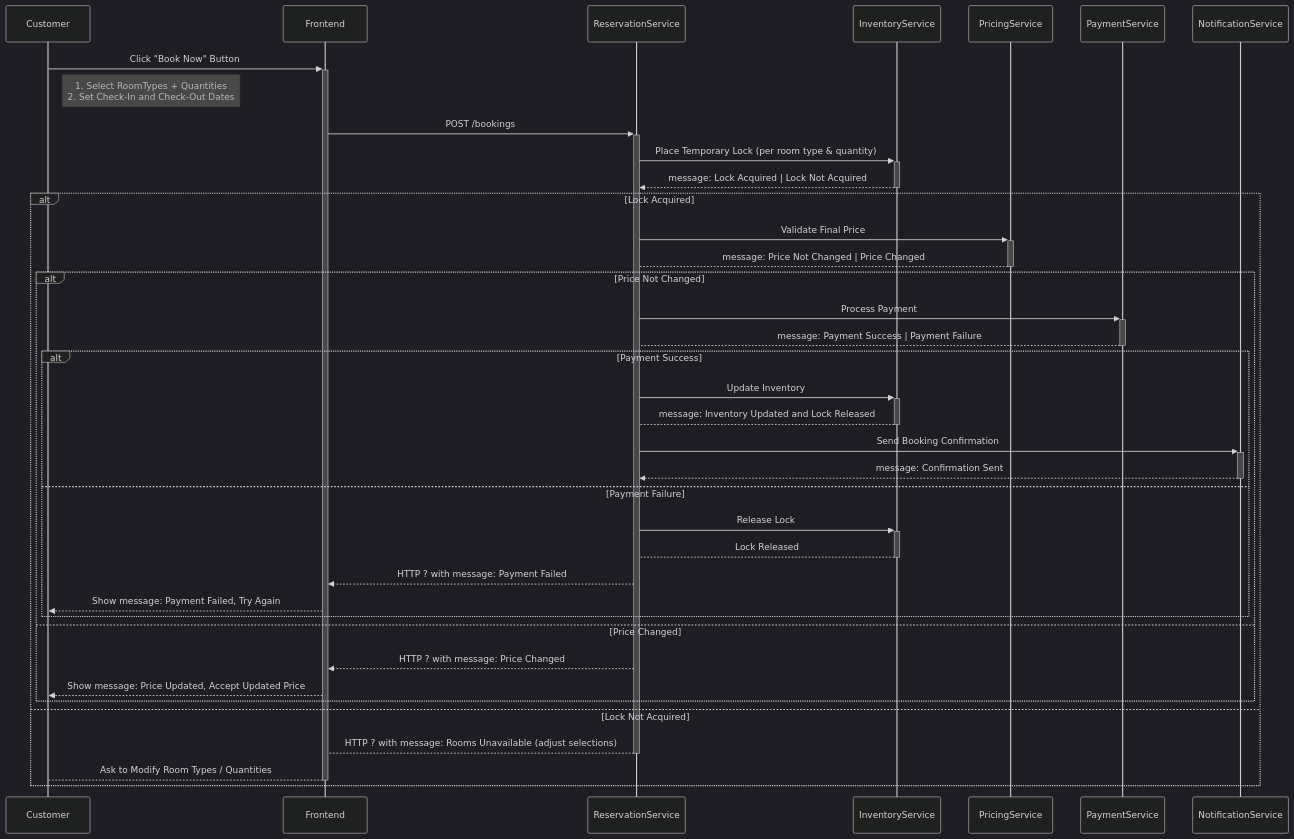
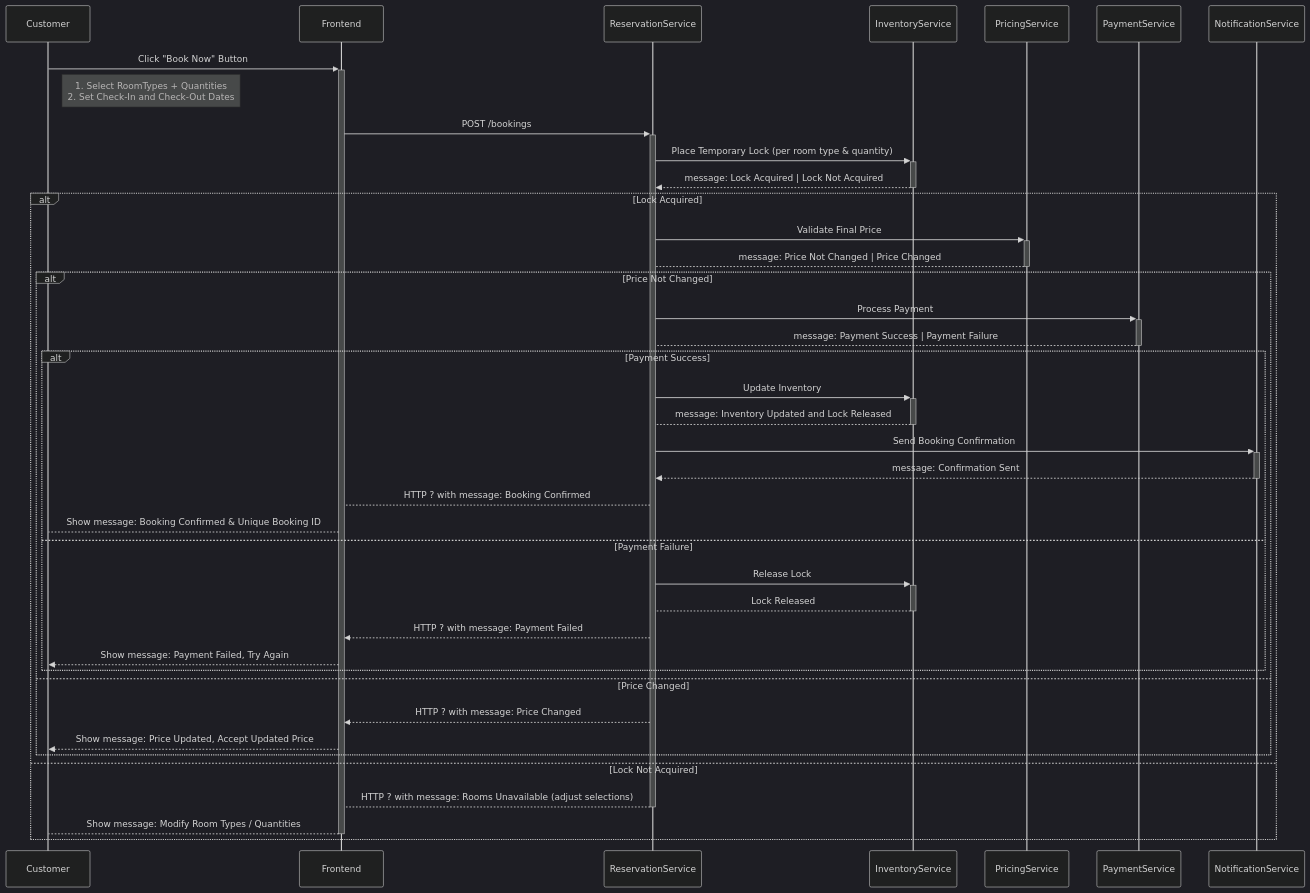
Before and after one commit to NishchayAnand/software-engineering: the third of 4 diagrams in Distributed Systems/Case Studies/Case Study 5. Hotel Reservation System/2. Sequence Flow.md, drawn with Mermaid (dark theme). The commit also changed other lines of this file, not shown here.

Commit message:
done understanding sequence flow of cancellation reservation use case in hotel reservation system

````diff
--- a/Distributed Systems/Case Studies/Case Study 5. Hotel Reservation System/2. Sequence Flow.md
+++ b/Distributed Systems/Case Studies/Case Study 5. Hotel Reservation System/2. Sequence Flow.md
@@ -120,55 +120,57 @@
 ```mermaid
 sequenceDiagram
     participant C as Customer
     participant UI as Frontend
     participant RS as ReservationService
     participant IS as InventoryService
     participant PS as PricingService
     participant Pay as PaymentService
     participant NS as NotificationService
     
     %% Interaction 1: Customer -> Frontend
     C->>+UI: Click "Book Now" Button
     Note right of C: 1. Select RoomTypes + Quantities <br/> 2. Set Check-In and Check-Out Dates
     
     %% Interaction 2: Frontend -> ReservationService
     UI->>+RS: POST /bookings
     
     %% Interaction 3: ReservationService -> InventoryService
     RS->>+IS: Place Temporary Lock (per room type & quantity)
     IS-->>-RS: message: Lock Acquired | Lock Not Acquired
     
     alt Lock Acquired
 	    %% Interaction 3: ReservationService -> PricingService
 	    RS->>+PS: Validate Final Price
 	    PS-->-RS: message: Price Not Changed | Price Changed
 	    
 	    alt Price Not Changed
 		    %% Interaction 4: ReservationService -> PaymentService
 		    RS->>+Pay: Process Payment
 		    Pay-->-RS: message: Payment Success | Payment Failure
 		    
 		    alt Payment Success
 			    %% Interaction 5: ReservationService -> InventoryService
 			    RS->>+IS: Update Inventory
 			    IS-->-RS: message: Inventory Updated and Lock Released
 			    %% Interaction 6: ReservationService -> NotificationService
 			    RS->>+NS: Send Booking Confirmation
 			    NS-->>-RS: message: Confirmation Sent
+			    RS-->UI: HTTP ? with message: Booking Confirmed
+			    UI-->C: Show message: Booking Confirmed & Unique Booking ID
 			else Payment Failure
 				RS->>+IS: Release Lock
 				IS-->-RS: Lock Released
 				RS-->>UI: HTTP ? with message: Payment Failed
 				UI-->>C: Show message: Payment Failed, Try Again
 			end
 			
 		else Price Changed
 			RS-->>UI: HTTP ? with message: Price Changed
 			UI-->>C: Show message: Price Updated, Accept Updated Price
 		end
     
     else Lock Not Acquired
 	    RS-->-UI: HTTP ? with message: Rooms Unavailable (adjust selections)
-	    UI-->-C: Ask to Modify Room Types / Quantities
+	    UI-->-C: Show message: Modify Room Types / Quantities
 	end
 ```
````
